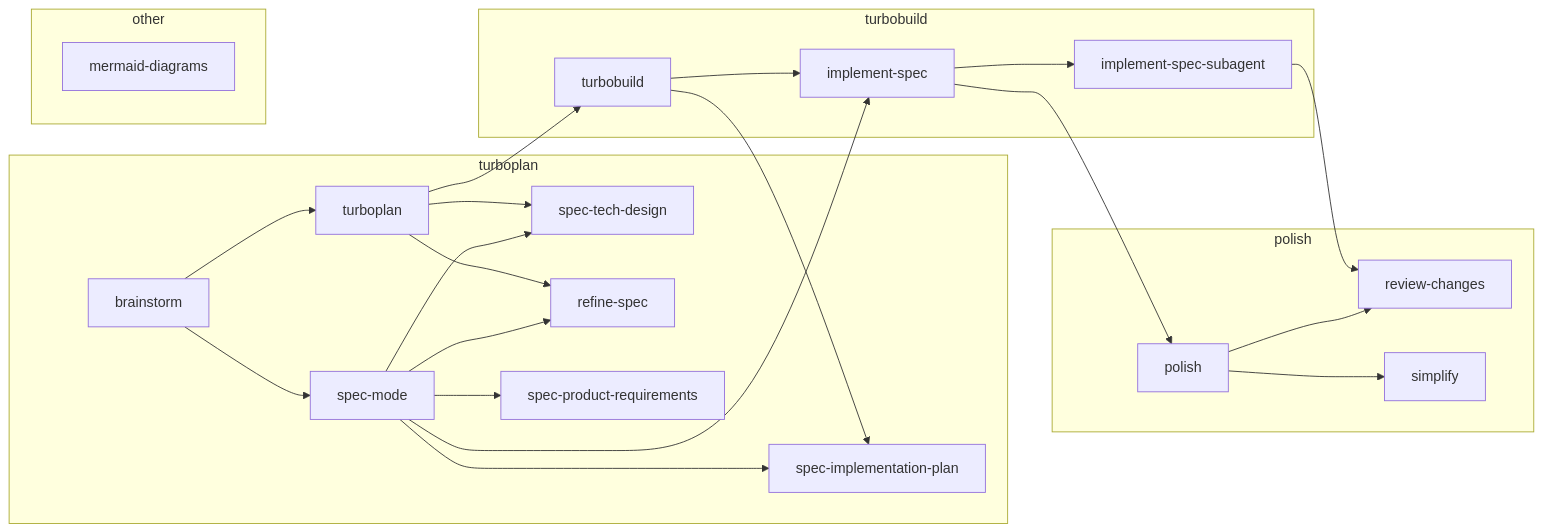
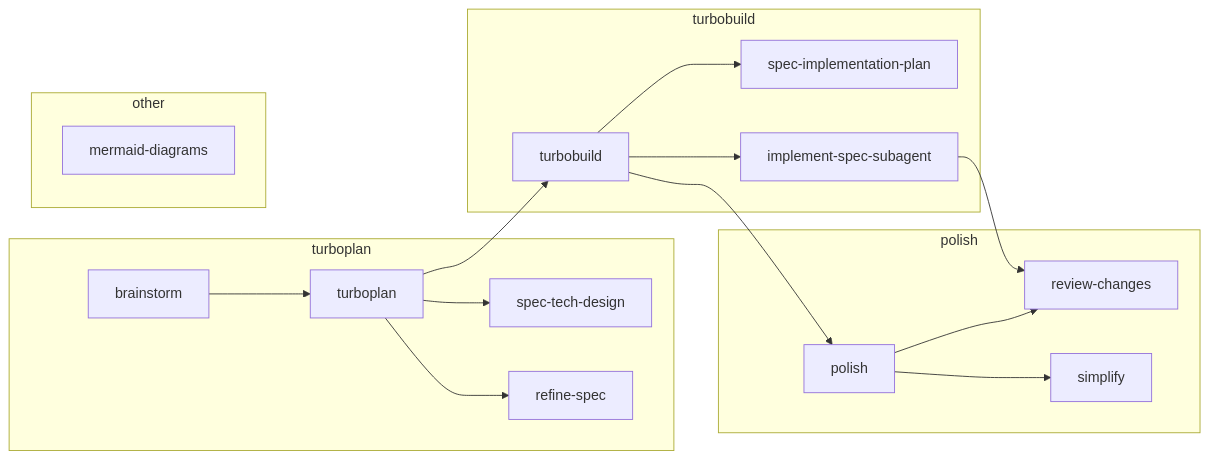
The diagram in docs/skills.md (rstacruz/agentic-toolkit), drawn with Mermaid before and after one commit. The commit also changed other lines of this file and 5 other files, not shown here.

Commit message:
feat: merge implement-spec into turbobuild skill

````diff
--- a/docs/skills.md
+++ b/docs/skills.md
@@ -5,43 +5,33 @@
 ```mermaid
 graph LR
   brainstorm --> turboplan["turboplan"]
-  brainstorm --> specmode["spec-mode"]
   turboplan --> spectech["spec-tech-design"]
   turboplan --> refinespec["refine-spec"]
   turboplan --> turbobuild["turbobuild"]
-  specmode --> specprod["spec-product-requirements"]
-  specmode --> spectech["spec-tech-design"]
-  specmode --> specimpl["spec-implementation-plan"]
-  specmode --> refinespec["refine-spec"]
-  specmode --> implspec["implement-spec"]
   turbobuild --> specimpl["spec-implementation-plan"]
-  turbobuild --> implspec["implement-spec"]
-  implspec --> implsubagent["implement-spec-subagent"]
-  implspec --> polish
+  turbobuild --> implsubagent["implement-spec-subagent"]
+  turbobuild --> polish
   implsubagent --> reviewchanges["review-changes"]
   polish["polish"] --> reviewchanges
   polish --> simplify["simplify"]
 
   subgraph turboplan_group["turboplan"]
     brainstorm
     turboplan
-    specmode
-    specprod
     spectech
-    specimpl
     refinespec
   end
   subgraph turbobuild_group["turbobuild"]
     turbobuild
-    implspec
+    specimpl
     implsubagent
   end
   subgraph polish_group["polish"]
     polish
     reviewchanges
     simplify
   end
   subgraph other_group["other"]
     mermaid["mermaid-diagrams"]
   end
 ```
````
